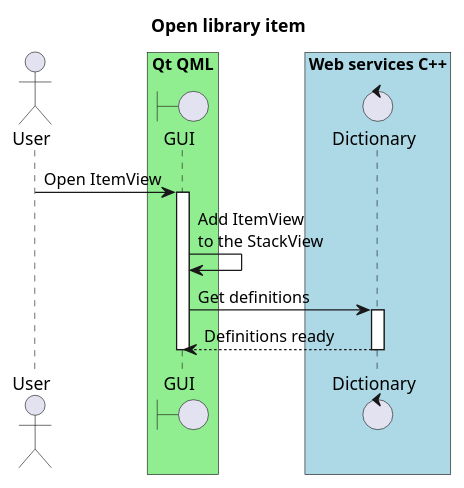
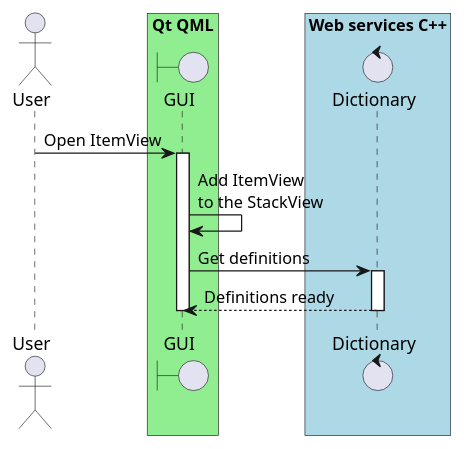
One commit to eliaseamus/lexis changed the diagram in docs/uml/open_item.puml. Above: the diagram before and after it, drawn with PlantUML. The commit also changed 13 other files, not shown here.

Commit message:
removed titles from uml diagrams

```diff
--- a/docs/uml/open_item.puml
+++ b/docs/uml/open_item.puml
@@ -1,24 +1,22 @@
 @startuml
-
-title Open library item
 
 actor User as user
 
 box "Qt QML" #LightGreen
   boundary "GUI" as gui
 end box
 
 box "Web services C++" #LightBlue
   control Dictionary as dict
 end box
 
 user -> gui : Open ItemView
 activate gui
 gui -> gui : Add ItemView\nto the StackView
 gui -> dict : Get definitions
 activate dict
 dict --> gui : Definitions ready
 deactivate dict
 deactivate gui
 
 @enduml
```
